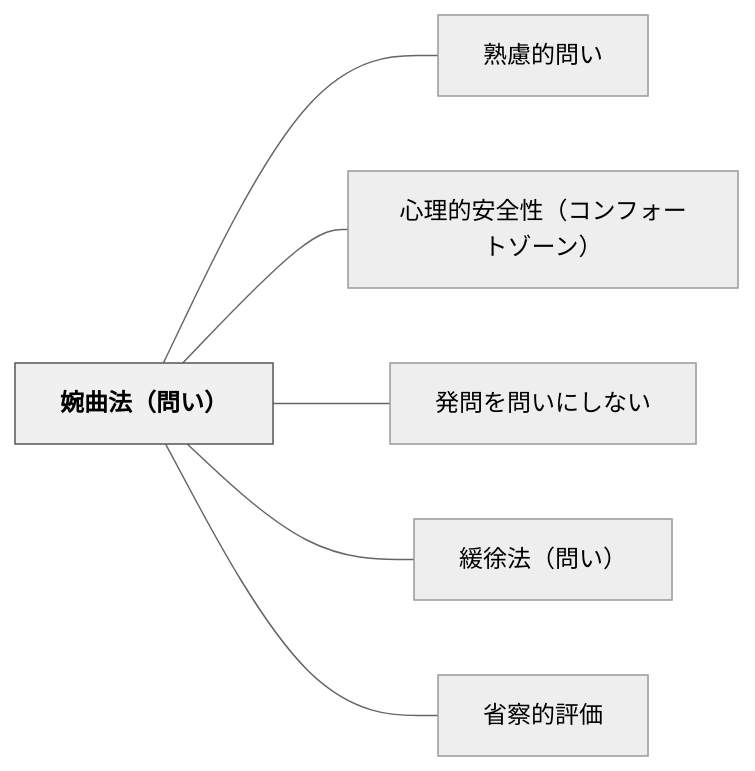
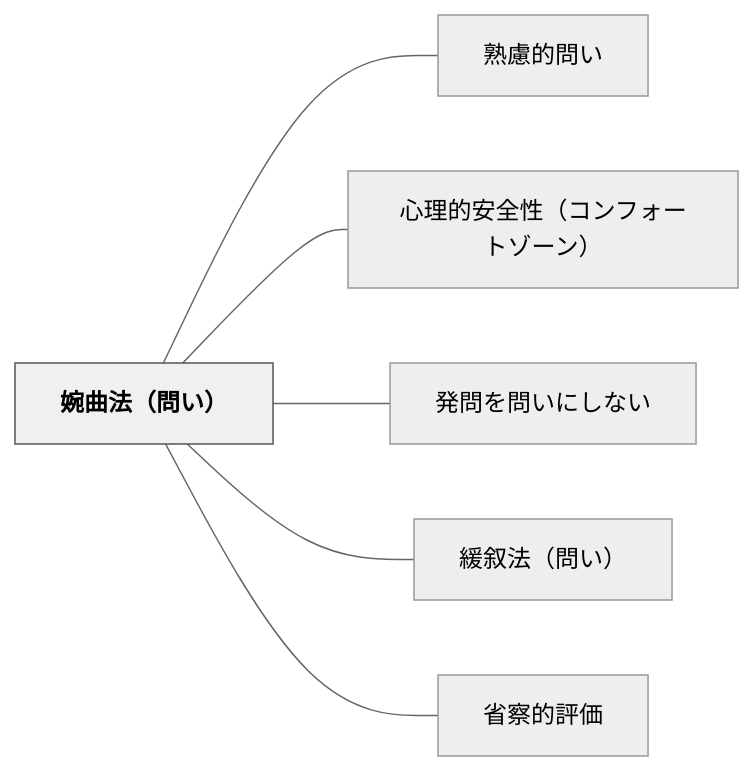
Before and after one commit to unknownthings-ed-patterns/unknownthings-ed-patterns: the diagram in content/パタン/婉曲法（問い）.md, drawn with Mermaid (neutral theme). The commit also changed other lines of this file and 28 other files, not shown here.

````diff
--- a/content/パタン/婉曲法（問い）.md
+++ b/content/パタン/婉曲法（問い）.md
@@ -65,18 +65,18 @@
 ```mermaid
 flowchart LR
     ne5a989e69bb2e6b395efbc88e5958fe38184efbc89["婉曲法（問い）"]
     ne7869fe685aee79a84e5958fe38184["熟慮的問い"]
     ne5bf83e79086e79a84e5ae89e585a8e680a7efbc88e382b3e383b3e38395e382a9e383bce38388e382bee383bce383b3efbc89["心理的安全性（コンフォートゾーン）"]
     ne799bae5958fe38292e5958fe38184e381abe38197e381aae38184["発問を問いにしない"]
-    ne7b7a9e5be90e6b395efbc88e5958fe38184efbc89["緩徐法（問い）"]
+    ne7b7a9e58f99e6b395efbc88e5958fe38184efbc89["緩叙法（問い）"]
     ne79c81e5af9fe79a84e8a995e4bea1["省察的評価"]
 
     ne5a989e69bb2e6b395efbc88e5958fe38184efbc89 --- ne7869fe685aee79a84e5958fe38184
     ne5a989e69bb2e6b395efbc88e5958fe38184efbc89 --- ne5bf83e79086e79a84e5ae89e585a8e680a7efbc88e382b3e383b3e38395e382a9e383bce38388e382bee383bce383b3efbc89
     ne5a989e69bb2e6b395efbc88e5958fe38184efbc89 --- ne799bae5958fe38292e5958fe38184e381abe38197e381aae38184
-    ne5a989e69bb2e6b395efbc88e5958fe38184efbc89 --- ne7b7a9e5be90e6b395efbc88e5958fe38184efbc89
+    ne5a989e69bb2e6b395efbc88e5958fe38184efbc89 --- ne7b7a9e58f99e6b395efbc88e5958fe38184efbc89
     ne5a989e69bb2e6b395efbc88e5958fe38184efbc89 --- ne79c81e5af9fe79a84e8a995e4bea1
 
     classDef hub fill:#f0f0f0,stroke:#555,color:#000,font-weight:bold
     class ne5a989e69bb2e6b395efbc88e5958fe38184efbc89 hub
 ```
````
